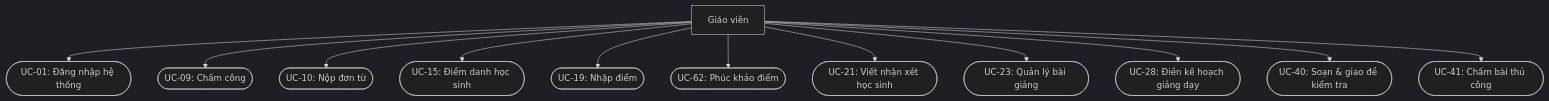
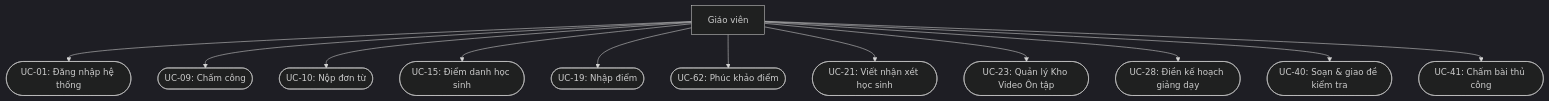
Before and after one commit to langtuananh2424/pps-education: the diagram in docs/diagrams/usecase-actors/UseCase-GiaoVien.mmd, drawn with Mermaid (dark theme). The commit also changed 45 other files, not shown here.

First line of the commit message:
feat(lms): tái cấu trúc Kho bài giảng thành Kho Video Ôn tập (UC-23/23a, backend)

```diff
--- a/docs/diagrams/usecase-actors/UseCase-GiaoVien.mmd
+++ b/docs/diagrams/usecase-actors/UseCase-GiaoVien.mmd
@@ -1,26 +1,26 @@
 graph TD
     GiaoVien[Giáo viên]
 
     UC01(["UC-01: Đăng nhập hệ thống"])
     UC09(["UC-09: Chấm công"])
     UC10(["UC-10: Nộp đơn từ"])
     UC15(["UC-15: Điểm danh học sinh"])
     UC19(["UC-19: Nhập điểm"])
     UC62(["UC-62: Phúc khảo điểm"])
     UC21(["UC-21: Viết nhận xét học sinh"])
-    UC23(["UC-23: Quản lý bài giảng"])
+    UC23(["UC-23: Quản lý Kho Video Ôn tập"])
     UC28(["UC-28: Điền kế hoạch giảng dạy"])
     UC40(["UC-40: Soạn & giao đề kiểm tra"])
     UC41(["UC-41: Chấm bài thủ công"])
 
     GiaoVien --> UC01
     GiaoVien --> UC09
     GiaoVien --> UC10
     GiaoVien --> UC15
     GiaoVien --> UC19
     GiaoVien --> UC62
     GiaoVien --> UC21
     GiaoVien --> UC23
     GiaoVien --> UC28
     GiaoVien --> UC40
     GiaoVien --> UC41
```
